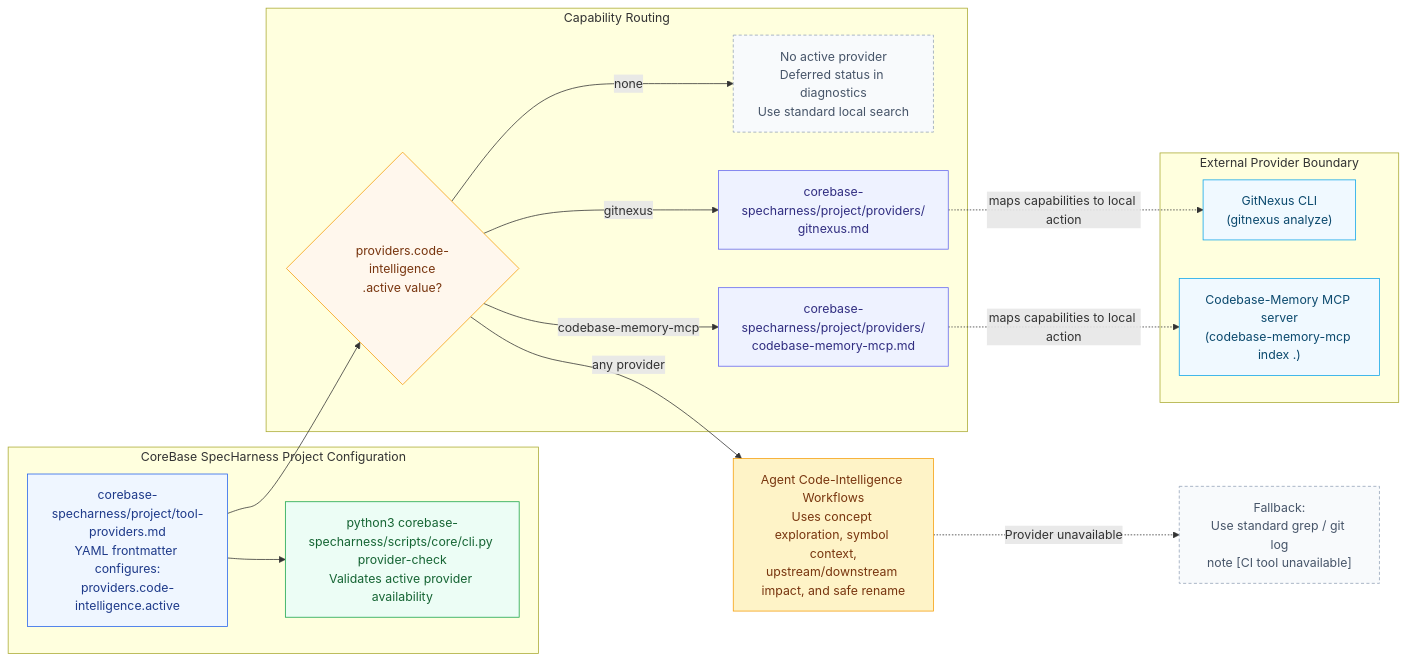
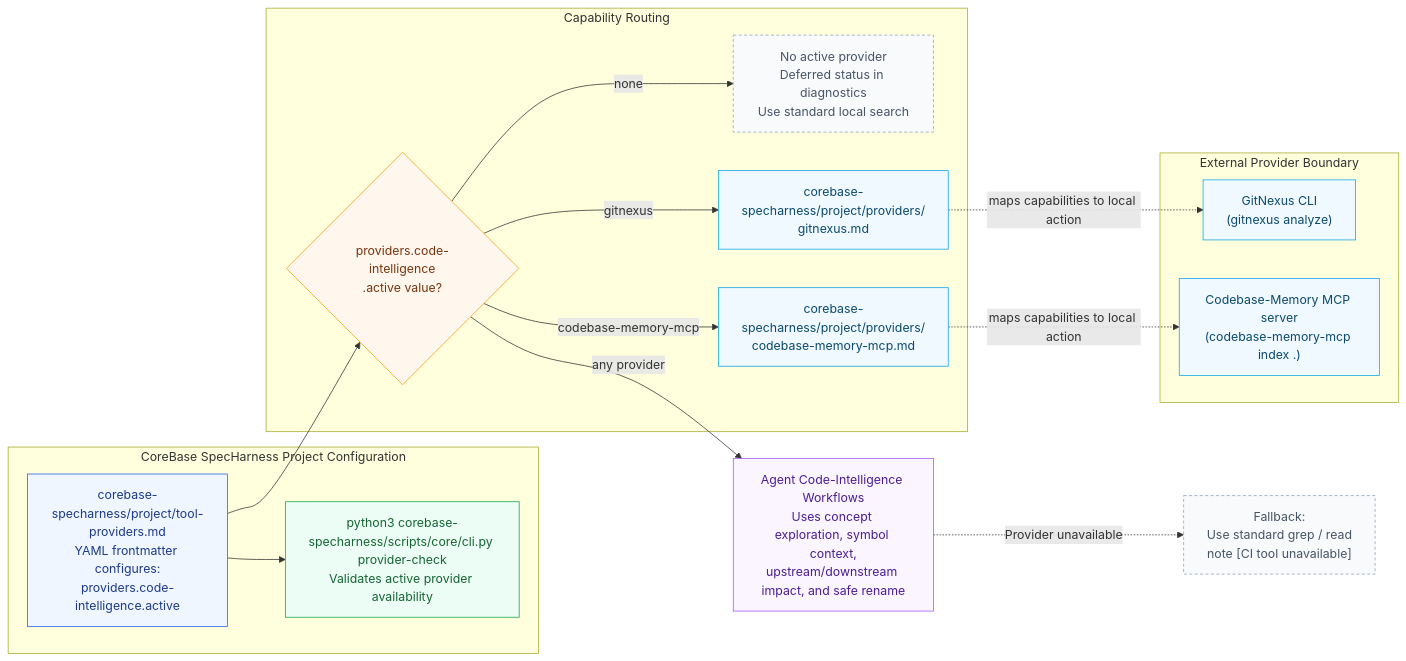
One commit to thaihai-swe/corebase-specharness changed the diagram in documents/diagrams/source/workflow/code-intel-integration.mmd. Above: the diagram before and after it, drawn with Mermaid. The commit also changed 22 other files, not shown here.

First line of the commit message:
Refactor workflow diagrams and enhance documentation

```diff
--- a/documents/diagrams/source/workflow/code-intel-integration.mmd
+++ b/documents/diagrams/source/workflow/code-intel-integration.mmd
@@ -1,47 +1,47 @@
 flowchart LR
     %% Code Intelligence Integration — external provider boundary and intent mapping
     %% Implementation authority: tool-providers.md, tool-providers-registry.json, and providers/*.md
+    %% Palette: documents/diagrams/source/_shared/palette.md
 
     subgraph COREBASE_SPECHARNESS["CoreBase SpecHarness Project Configuration"]
-        CI_CFG["corebase-specharness/project/tool-providers.md<br/>YAML frontmatter configures:<br/>providers.code-intelligence.active"]:::kit
-        DOCTOR["python3 corebase-specharness/scripts/core/cli.py provider-check<br/>Validates active provider availability"]:::verify
+        CI_CFG["corebase-specharness/project/tool-providers.md<br/>YAML frontmatter configures:<br/>providers.code-intelligence.active"]:::core
+        DOCTOR["python3 corebase-specharness/scripts/core/cli.py provider-check<br/>Validates active provider availability"]:::gate
         CI_CFG --> DOCTOR
     end
 
     subgraph ACTIVE_PROV["Capability Routing"]
         ACTIVE{providers.code-intelligence<br/>.active value?}:::decision
         CI_CFG --> ACTIVE
 
-        ACTIVE -->|none| NONE["No active provider<br/>Deferred status in diagnostics<br/>Use standard local search"]:::fallback
-        ACTIVE -->|gitnexus| GN_FILE["corebase-specharness/project/providers/<br/>gitnexus.md"]:::config
-        ACTIVE -->|codebase-memory-mcp| CBM_FILE["corebase-specharness/project/providers/<br/>codebase-memory-mcp.md"]:::config
+        ACTIVE -->|none| NONE["No active provider<br/>Deferred status in diagnostics<br/>Use standard local search"]:::optional
+        ACTIVE -->|gitnexus| GN_FILE["corebase-specharness/project/providers/<br/>gitnexus.md"]:::external
+        ACTIVE -->|codebase-memory-mcp| CBM_FILE["corebase-specharness/project/providers/<br/>codebase-memory-mcp.md"]:::external
     end
 
     subgraph EXTERNAL["External Provider Boundary"]
         GN["GitNexus CLI<br/>(gitnexus analyze)"]:::external
         CBM["Codebase-Memory MCP server<br/>(codebase-memory-mcp index .)"]:::external
     end
 
     GN_FILE -.->|maps capabilities to local action| GN
     CBM_FILE -.->|maps capabilities to local action| CBM
 
-    AGENTS["Agent Code-Intelligence Workflows<br/>Uses concept exploration, symbol context,<br/>upstream/downstream impact, and safe rename"]:::agent
+    AGENTS["Agent Code-Intelligence Workflows<br/>Uses concept exploration, symbol context,<br/>upstream/downstream impact, and safe rename"]:::memory
     ACTIVE -->|any provider| AGENTS
 
-    AGENTS -.->|Provider unavailable| MANUAL["Fallback:<br/>Use standard grep / git log<br/>note [CI tool unavailable]"]:::fallback
+    AGENTS -.->|Provider unavailable| MANUAL["Fallback:<br/>Use standard grep / read<br/>note [CI tool unavailable]"]:::optional
 
-    classDef kit fill:#eff6ff,stroke:#2563eb,color:#1e3a8a
-    classDef config fill:#eef2ff,stroke:#6366f1,color:#312e81
-    classDef verify fill:#ecfdf5,stroke:#16a34a,color:#166534
+    classDef terminal fill:#111827,stroke:#111827,color:#fff
+    classDef core fill:#eff6ff,stroke:#2563eb,color:#1e3a8a
+    classDef gate fill:#ecfdf5,stroke:#16a34a,color:#166534
+    classDef decision fill:#fff7ed,stroke:#f59e0b,color:#78350f
+    classDef optional fill:#f8fafc,stroke:#94a3b8,color:#475569,stroke-dasharray:4 3
     classDef external fill:#f0f9ff,stroke:#0ea5e9,color:#0c4a6e
-    classDef fallback fill:#f8fafc,stroke:#94a3b8,color:#475569,stroke-dasharray:4 3
-    classDef decision fill:#fff7ed,stroke:#f59e0b,color:#78350f
-    classDef agent fill:#fef3c7,stroke:#f59e0b,color:#78350f
+    classDef memory fill:#faf5ff,stroke:#a855f7,color:#4c1d95
 
-    class CI_CFG kit
-    class DOCTOR verify
+    class CI_CFG core
+    class DOCTOR gate
     class ACTIVE decision
-    class NONE,MANUAL fallback
-    class GN_FILE,CBM_FILE config
-    class GN,CBM external
-    class AGENTS agent
+    class NONE,MANUAL optional
+    class GN_FILE,CBM_FILE,GN,CBM external
+    class AGENTS memory
```
